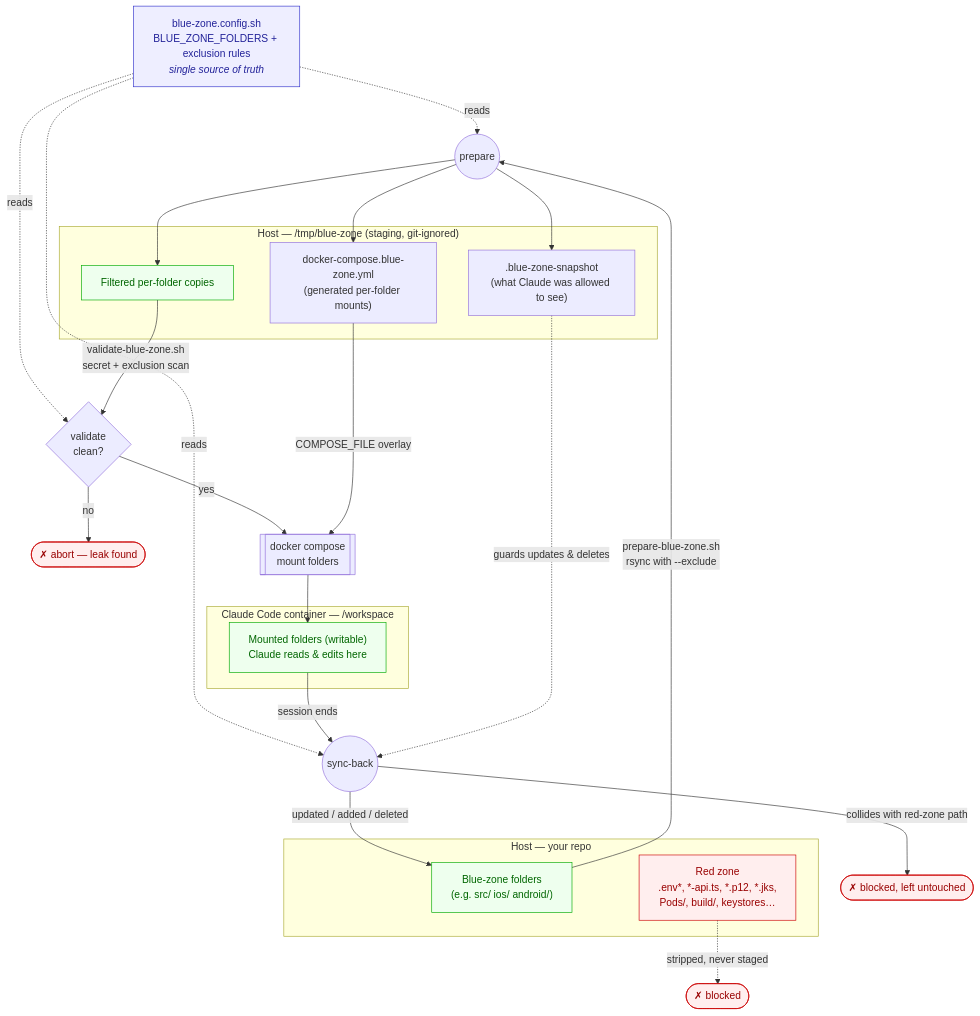
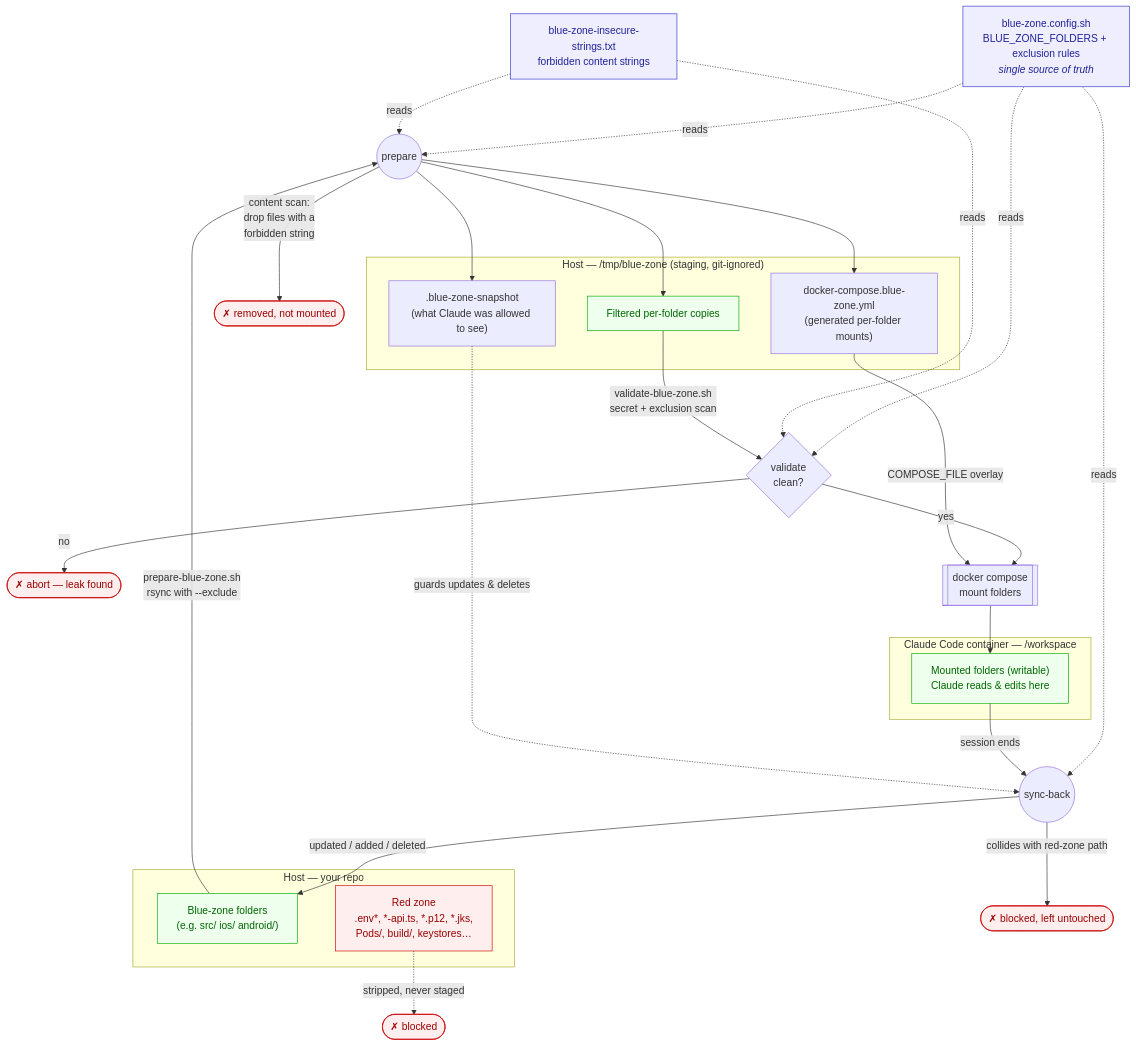
The diagram in claude-docker/docs/blue-zone-flow.md (matviyiv/RedBlue), drawn with Mermaid before and after one commit. The commit also changed other lines of this file and 5 other files, not shown here.

First line of the commit message:
Add content denylist: drop blue-zone files containing forbidden strings

````diff
--- a/claude-docker/docs/blue-zone-flow.md
+++ b/claude-docker/docs/blue-zone-flow.md
@@ -9,48 +9,53 @@
 ```mermaid
 flowchart TD
     cfg["blue-zone.config.sh<br/>BLUE_ZONE_FOLDERS + exclusion rules<br/><i>single source of truth</i>"]
 
     subgraph host["Host — your repo"]
         blue["Blue-zone folders<br/>(e.g. src/ ios/ android/)"]
         red["Red zone<br/>.env*, *-api.ts, *.p12, *.jks,<br/>Pods/, build/, keystores…"]
     end
 
     subgraph stage["Host — /tmp/blue-zone (staging, git-ignored)"]
         staged["Filtered per-folder copies"]
         snap[".blue-zone-snapshot<br/>(what Claude was allowed to see)"]
         overlay["docker-compose.blue-zone.yml<br/>(generated per-folder mounts)"]
     end
 
     subgraph container["Claude Code container — /workspace"]
         ws["Mounted folders (writable)<br/>Claude reads & edits here"]
     end
 
+    deny["blue-zone-insecure-strings.txt<br/>forbidden content strings"]
+
     cfg -.->|reads| prep
     cfg -.->|reads| val
     cfg -.->|reads| sync
+    deny -.->|reads| prep
+    deny -.->|reads| val
 
     blue -->|"prepare-blue-zone.sh<br/>rsync with --exclude"| prep((prepare))
     red -.->|stripped, never staged| xred(["✗ blocked"])
+    prep -->|"content scan:<br/>drop files with a<br/>forbidden string"| xdeny(["✗ removed, not mounted"])
     prep --> staged
     prep --> snap
     prep --> overlay
 
     staged -->|"validate-blue-zone.sh<br/>secret + exclusion scan"| val{validate<br/>clean?}
     val -->|no| stop(["✗ abort — leak found"])
     val -->|yes| mount
 
     overlay -->|"COMPOSE_FILE overlay"| mount[["docker compose<br/>mount folders"]]
     mount --> ws
 
     ws -->|"session ends"| sync((sync-back))
     snap -.->|"guards updates & deletes"| sync
     sync -->|"updated / added / deleted"| blue
     sync -->|"collides with red-zone path"| xblock(["✗ blocked, left untouched"])
 
     classDef danger fill:#fee,stroke:#c00,color:#900;
     classDef safe fill:#efe,stroke:#0a0,color:#060;
     classDef cfgcls fill:#eef,stroke:#33c,color:#229;
-    class red,xred,stop,xblock danger;
+    class red,xred,stop,xblock,xdeny danger;
     class blue,staged,ws safe;
-    class cfg cfgcls;
+    class cfg,deny cfgcls;
 ```
````
